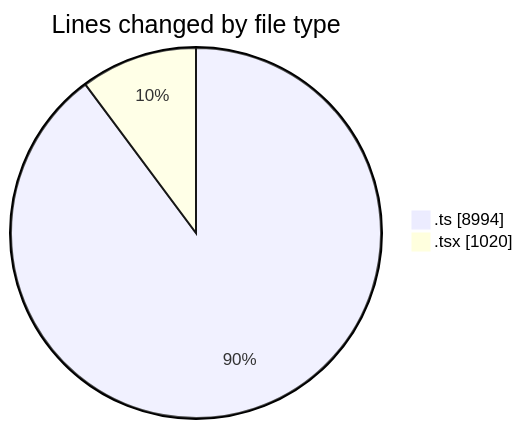
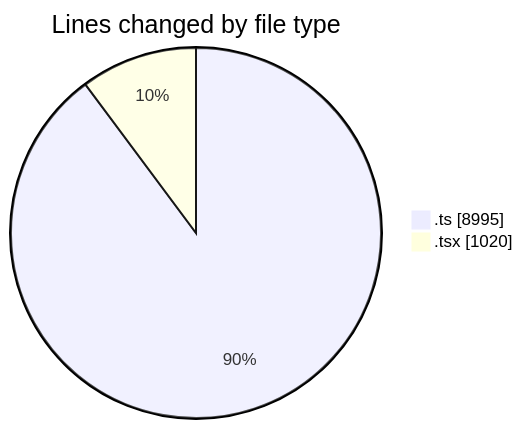
Before and after one commit to momahboobian/code-tracking: the first of 2 diagrams in 2025-07-14/cda/README.md, drawn with Mermaid. The commit also changed other lines of this file and 1 other file, not shown here.

````diff
--- a/2025-07-14/cda/README.md
+++ b/2025-07-14/cda/README.md
@@ -27,6 +27,6 @@
 ```mermaid
 pie showData
 title Lines changed by file type
-".ts" : 8994
+".ts" : 8995
 ".tsx" : 1020
 ```
````
